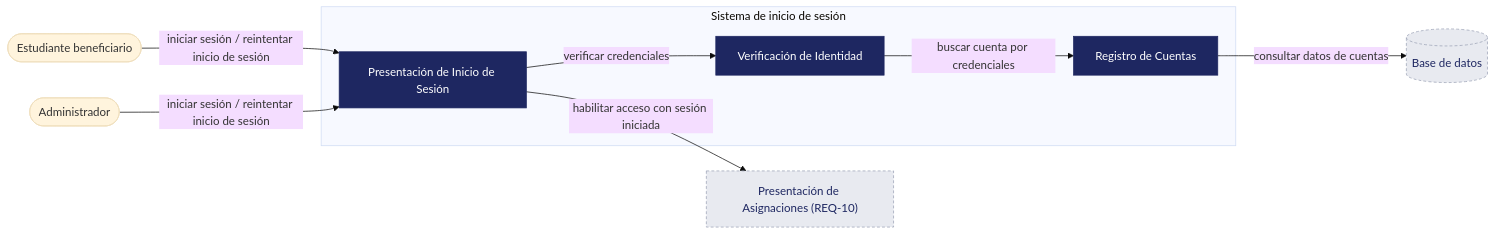
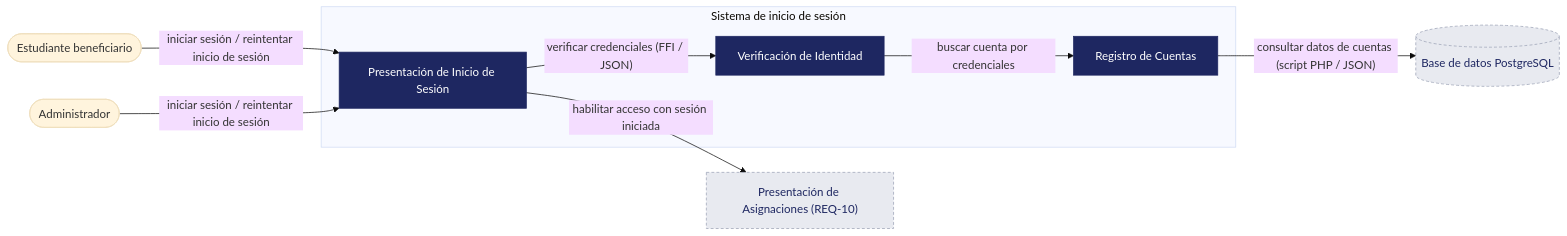
Before and after one commit to alfredoquev/Almuerzate.app: the first of 2 diagrams in docs/design/Architectural and Detailed design REQ-11 V1.0.md, drawn with Mermaid (base theme). The commit also changed other lines of this file, not shown here.

````diff
--- a/docs/design/Architectural and Detailed design REQ-11 V1.0.md
+++ b/docs/design/Architectural and Detailed design REQ-11 V1.0.md
@@ -40,26 +59,26 @@
 ```mermaid
 flowchart LR
     Est([Estudiante beneficiario])
     Adm([Administrador])
 
     subgraph SYS["Sistema de inicio de sesión"]
         PIS["Presentación de Inicio de Sesión"]
         VI["Verificación de Identidad"]
         RC["Registro de Cuentas"]
     end
 
-    DB[(Base de datos)]
+    DB[(Base de datos PostgreSQL)]
     PA["Presentación de Asignaciones (REQ-10)"]
 
     Est -->|"iniciar sesión / reintentar inicio de sesión"| PIS
     Adm -->|"iniciar sesión / reintentar inicio de sesión"| PIS
-    PIS -->|"verificar credenciales"| VI
+    PIS -->|"verificar credenciales (FFI / JSON)"| VI
     VI -->|"buscar cuenta por credenciales"| RC
-    RC -->|"consultar datos de cuentas"| DB
+    RC -->|"consultar datos de cuentas (script PHP / JSON)"| DB
     PIS -->|"habilitar acceso con sesión iniciada"| PA
 
     classDef alcance fill:#1E2761,color:#ffffff,stroke:#1E2761;
     classDef externo fill:#E8EAF0,color:#1E2761,stroke:#9AA0B4,stroke-dasharray:4 3;
     class PIS,VI,RC alcance;
     class DB,PA externo;
 ```
````
